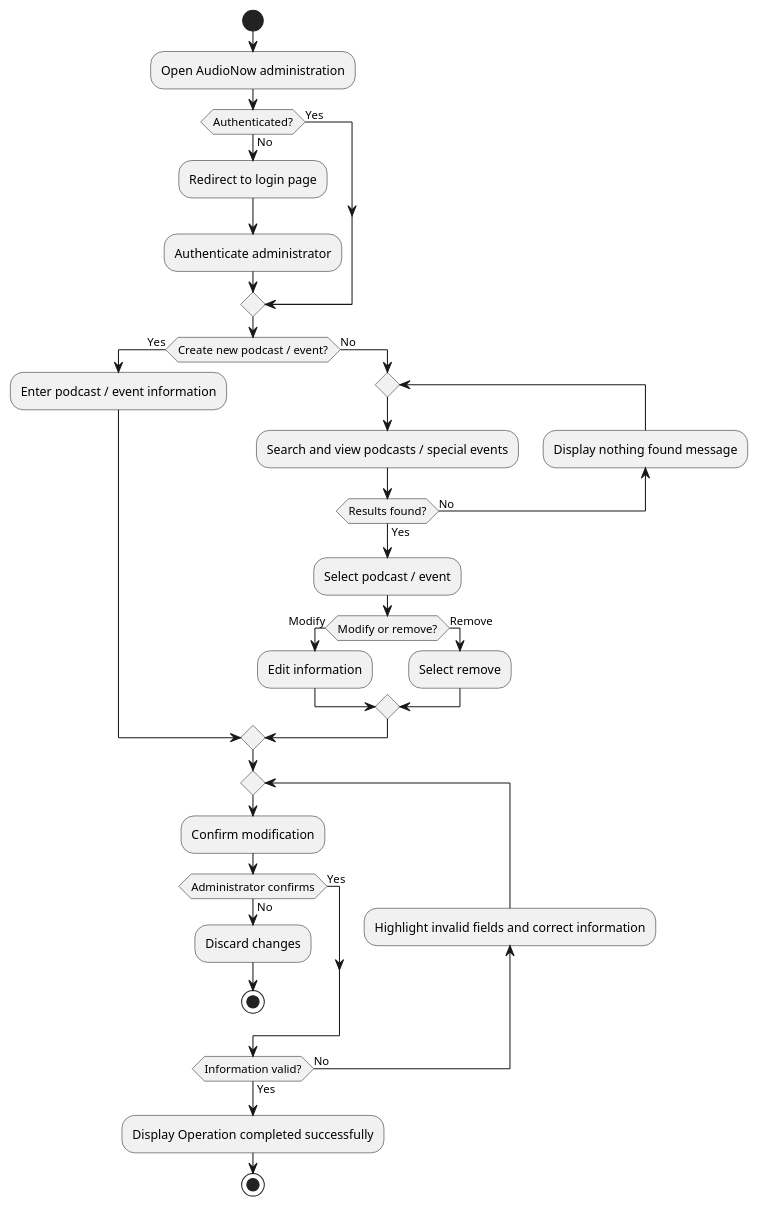
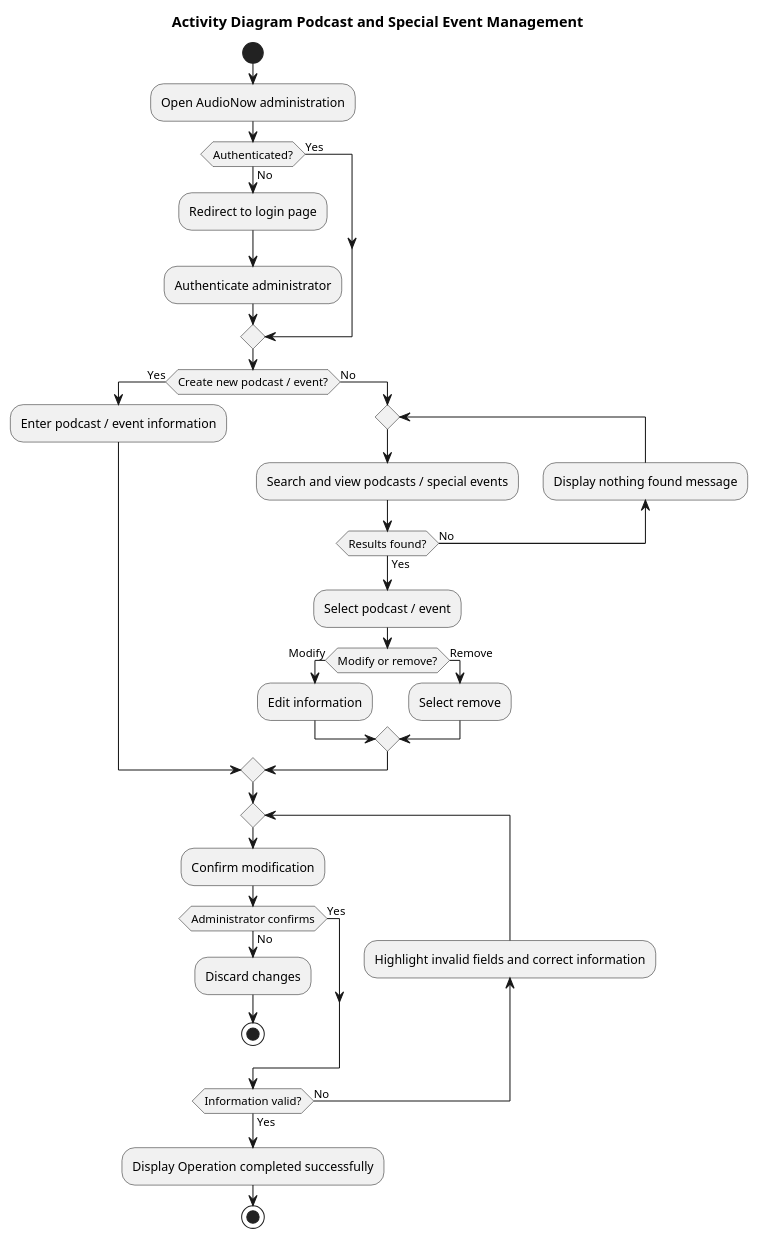
Before and after one commit to Dorfultariant/semm-diagrams: the diagram in PodcastEventManagement/activity.puml, drawn with PlantUML. The commit also changed 11 other files, not shown here.

Commit message:
Add title usage report diagrams and podcasteventmanagement diagrams

```diff
--- a/PodcastEventManagement/activity.puml
+++ b/PodcastEventManagement/activity.puml
@@ -1,40 +1,42 @@
 @startuml ActivitypodcastSpecialEvent
+
+title Activity Diagram Podcast and Special Event Management
 
 start
 :Open AudioNow administration;
 
 if (Authenticated?) then (No)
   :Redirect to login page;
   :Authenticate administrator;
 else (Yes)
 endif
 
 if (Create new podcast / event?) then (Yes)
   :Enter podcast / event information;
 else (No)
   repeat
     :Search and view podcasts / special events;
     backward:Display nothing found message;
   repeat while (Results found?) is (No) not (Yes)
   :Select podcast / event;
   if (Modify or remove?) then (Modify)
     :Edit information;
   else (Remove)
     :Select remove;
   endif
 endif
 
 repeat
   :Confirm modification;
   if (Administrator confirms) then (No)
     :Discard changes;
     stop
   else (Yes)
   endif
   backward:Highlight invalid fields and correct information;
 repeat while (Information valid?) is (No) not (Yes)
 
 :Display Operation completed successfully;
 stop
 
 @enduml
```
